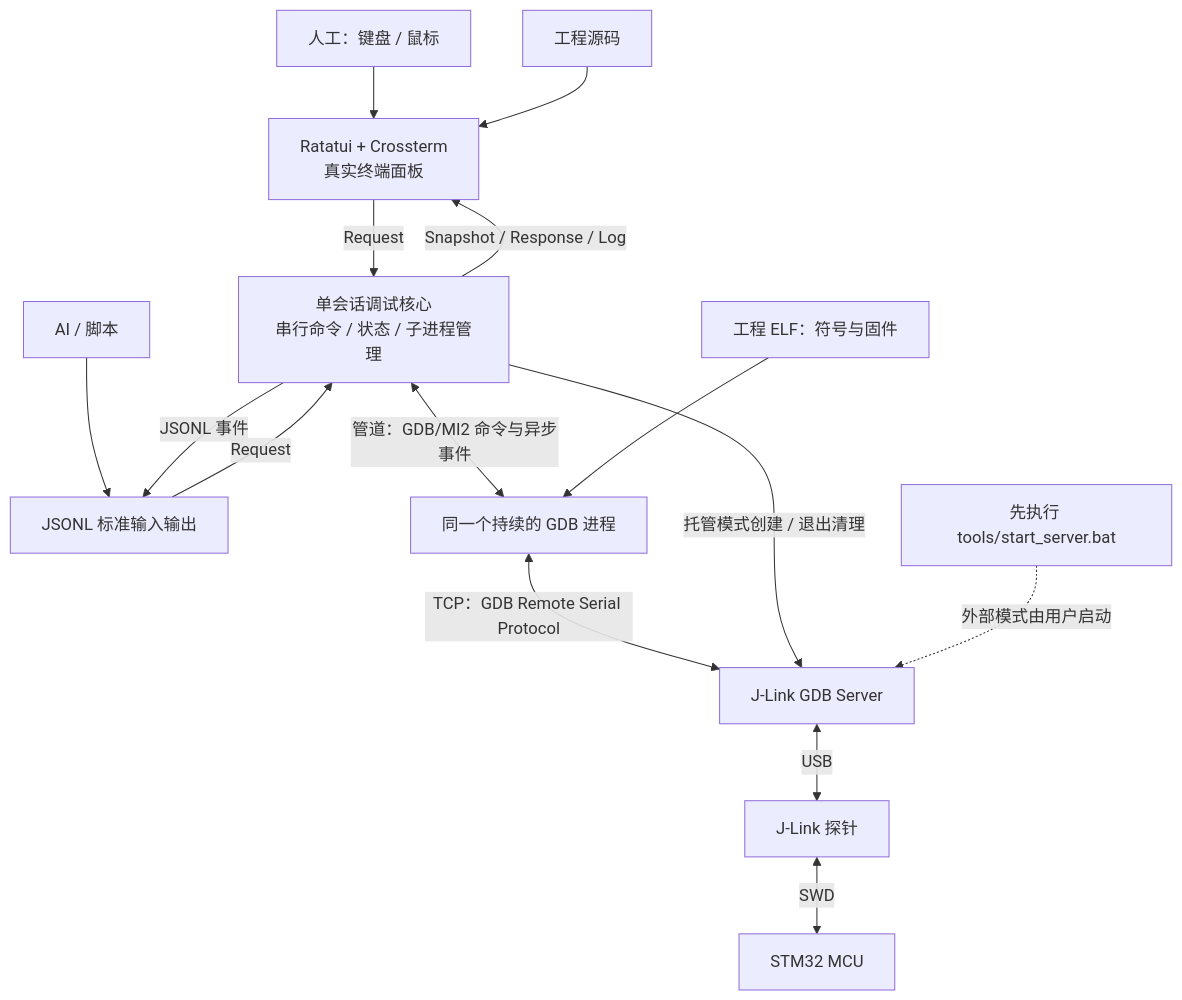
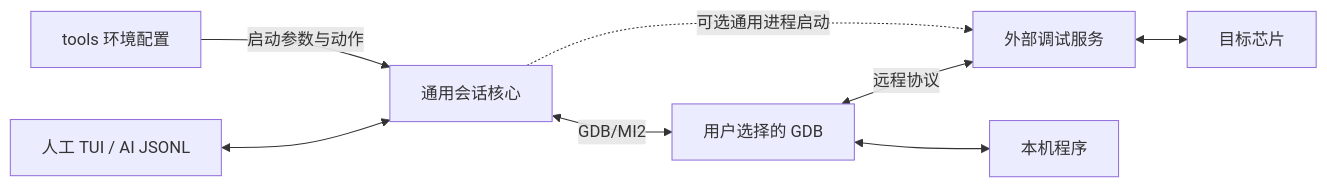
Before and after one commit to bei-li16/DebugTUI: the diagram in ARCHITECTURE.md, drawn with Mermaid. The commit also changed other lines of this file and 31 other files, not shown here.

````diff
--- a/ARCHITECTURE.md
+++ b/ARCHITECTURE.md
@@ -19,17 +5,10 @@
-```mermaid
-flowchart TB
-    H["人工：键盘 / 鼠标"] --> U["Ratatui + Crossterm\n真实终端面板"]
-    A["AI / 脚本"] --> J["JSONL 标准输入输出"]
-    U -->|Request| C["单会话调试核心\n串行命令 / 状态 / 子进程管理"]
-    J -->|Request| C
-    C -->|Snapshot / Response / Log| U
-    C -->|JSONL 事件| J
-    C <-->|"管道：GDB/MI2 命令与异步事件"| G["同一个持续的 GDB 进程"]
-    G <-->|"TCP：GDB Remote Serial Protocol"| S["J-Link GDB Server"]
-    S <-->|USB| P["J-Link 探针"]
-    P <-->|SWD| M["STM32 MCU"]
-    E["工程 ELF：符号与固件"] --> G
-    F["工程源码"] --> U
-    C -->|托管模式创建 / 退出清理| S
-    X["先执行 tools/start_server.bat"] -.->|外部模式由用户启动| S
-```
+~~~mermaid
+flowchart LR
+    U["人工 TUI / AI JSONL"] <--> C["通用会话核心"]
+    C <-->|"GDB/MI2"| G["用户选择的 GDB"]
+    G <-->|"远程协议"| S["外部调试服务"]
+    S <--> T["目标芯片"]
+    G <--> L["本机程序"]
+    E["tools 环境配置"] -->|"启动参数与动作"| C
+    C -.->|"可选通用进程启动"| S
+~~~
````
